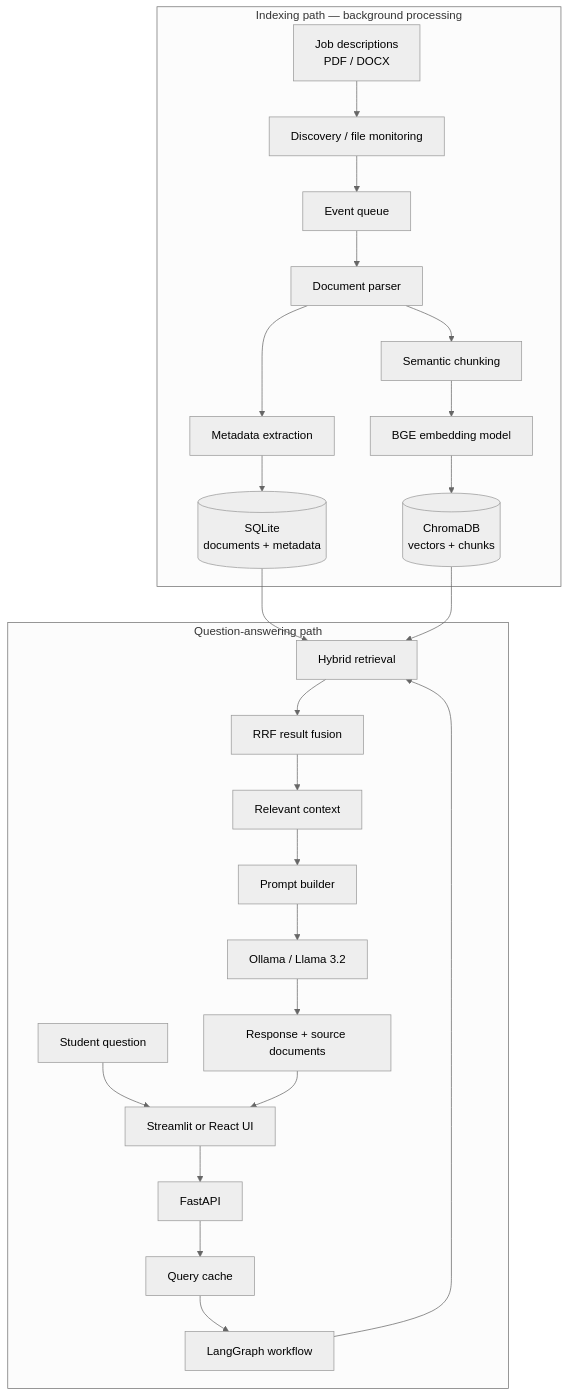
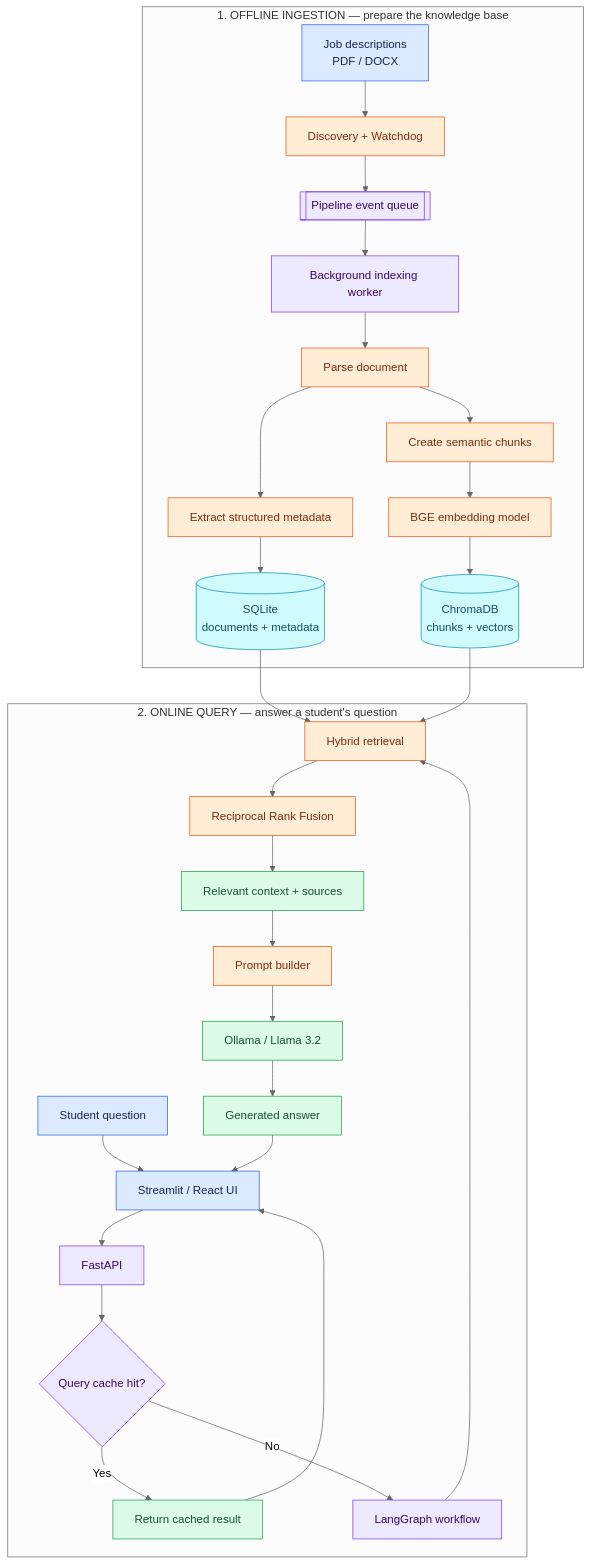
One commit to pratik-0302/job_description_agent changed the first of 15 diagrams in README.md. Above: the diagram before and after it, drawn with Mermaid (neutral theme). The commit also changed other lines of this file, not shown here.

Commit message:
docs: standardize README diagrams with staged architecture flows

````diff
--- a/README.md
+++ b/README.md
@@ -73,29 +73,43 @@
 ```mermaid
 flowchart TB
-    subgraph INDEX["Indexing path — background processing"]
-        FILES["Job descriptions<br/>PDF / DOCX"] --> WATCH["Discovery / file monitoring"]
-        WATCH --> QUEUE["Event queue"]
-        QUEUE --> PARSE["Document parser"]
-        PARSE --> EXTRACT["Metadata extraction"]
-        PARSE --> CHUNK["Semantic chunking"]
-        EXTRACT --> SQL[("SQLite<br/>documents + metadata")]
+    subgraph INGEST["1. OFFLINE INGESTION — prepare the knowledge base"]
+        FILES["Job descriptions<br/>PDF / DOCX"] --> DISC["Discovery + Watchdog"]
+        DISC --> QUEUE[["Pipeline event queue"]]
+        QUEUE --> INDEX["Background indexing worker"]
+        INDEX --> PARSE["Parse document"]
+        PARSE --> META["Extract structured metadata"]
+        PARSE --> CHUNK["Create semantic chunks"]
+        META --> SQL[("SQLite<br/>documents + metadata")]
         CHUNK --> EMBED["BGE embedding model"]
-        EMBED --> CHROMA[("ChromaDB<br/>vectors + chunks")]
+        EMBED --> VDB[("ChromaDB<br/>chunks + vectors")]
     end
 
-    subgraph QUERY["Question-answering path"]
-        USER["Student question"] --> UI["Streamlit or React UI"]
+    subgraph QUERY["2. ONLINE QUERY — answer a student's question"]
+        USER["Student question"] --> UI["Streamlit / React UI"]
         UI --> API["FastAPI"]
-        API --> CACHE["Query cache"]
-        CACHE --> GRAPH["LangGraph workflow"]
-        GRAPH --> RETRIEVE["Hybrid retrieval"]
-        SQL --> RETRIEVE
-        CHROMA --> RETRIEVE
-        RETRIEVE --> FUSION["RRF result fusion"]
-        FUSION --> CONTEXT["Relevant context"]
+        API --> CACHE{"Query cache hit?"}
+        CACHE -->|Yes| CACHED["Return cached result"]
+        CACHE -->|No| GRAPH["LangGraph workflow"]
+        GRAPH --> RET["Hybrid retrieval"]
+        SQL --> RET
+        VDB --> RET
+        RET --> FUSION["Reciprocal Rank Fusion"]
+        FUSION --> CONTEXT["Relevant context + sources"]
         CONTEXT --> PROMPT["Prompt builder"]
-        PROMPT --> OLLAMA["Ollama / Llama 3.2"]
-        OLLAMA --> ANSWER["Response + source documents"]
+        PROMPT --> LLM["Ollama / Llama 3.2"]
+        LLM --> ANSWER["Generated answer"]
         ANSWER --> UI
+        CACHED --> UI
     end
+
+    classDef input fill:#dbeafe,stroke:#2563eb,color:#172554
+    classDef process fill:#ffedd5,stroke:#ea580c,color:#7c2d12
+    classDef orchestration fill:#ede9fe,stroke:#7c3aed,color:#3b0764
+    classDef storage fill:#cffafe,stroke:#0891b2,color:#164e63
+    classDef output fill:#dcfce7,stroke:#16a34a,color:#14532d
+    class FILES,USER,UI input
+    class DISC,PARSE,META,CHUNK,EMBED,RET,FUSION,PROMPT process
+    class QUEUE,INDEX,API,CACHE,GRAPH orchestration
+    class SQL,VDB storage
+    class CACHED,CONTEXT,LLM,ANSWER output
 ```
````
